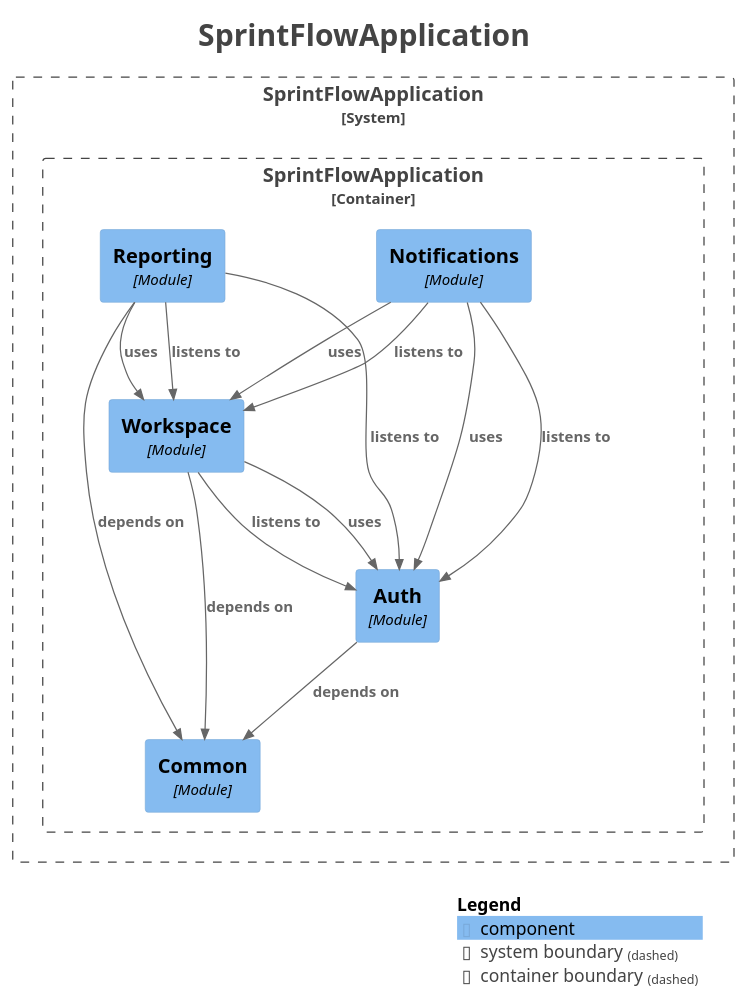
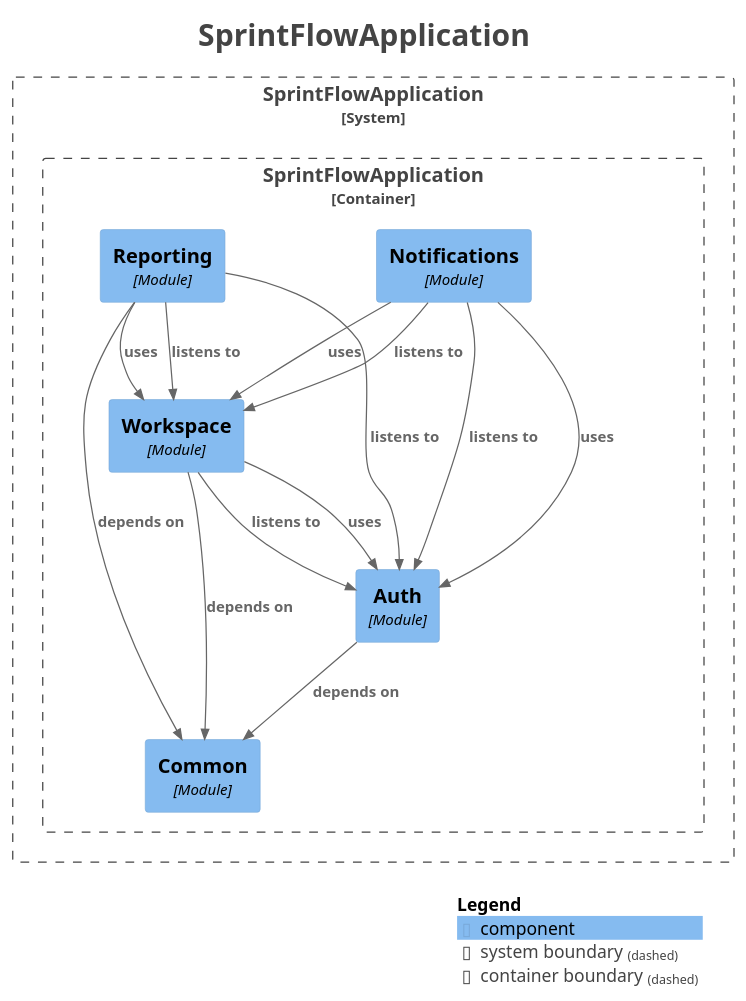
The diagram in docs/architecture/components.puml (Mouaz7/sprintflow-insight), drawn with PlantUML before and after one commit. The commit also changed other lines of this file and 81 other files, not shown here.

```diff
--- a/docs/architecture/components.puml
+++ b/docs/architecture/components.puml
@@ -1,44 +1,44 @@
 @startuml
 title <size:24>SprintFlowApplication</size>
 
 set separator none
 top to bottom direction
 
 <style>
   root {
     BackgroundColor: #ffffff
     FontColor: #444444
   }
 </style>
 
 !include <C4/C4>
 !include <C4/C4_Context>
 !include <C4/C4_Component>
 
 System_Boundary("SprintFlowApplication_boundary", "SprintFlowApplication", $tags="") {
   Container_Boundary("SprintFlowApplication.SprintFlowApplication_boundary", "SprintFlowApplication", $tags="") {
     Component(SprintFlowApplication.SprintFlowApplication.Common, "Common", $techn="Module", $descr="", $tags="", $link="")
     Component(SprintFlowApplication.SprintFlowApplication.Auth, "Auth", $techn="Module", $descr="", $tags="", $link="")
     Component(SprintFlowApplication.SprintFlowApplication.Workspace, "Workspace", $techn="Module", $descr="", $tags="", $link="")
     Component(SprintFlowApplication.SprintFlowApplication.Notifications, "Notifications", $techn="Module", $descr="", $tags="", $link="")
     Component(SprintFlowApplication.SprintFlowApplication.Reporting, "Reporting", $techn="Module", $descr="", $tags="", $link="")
   }
 
 }
 
-Rel(SprintFlowApplication.SprintFlowApplication.Notifications, SprintFlowApplication.SprintFlowApplication.Auth, "listens to", $techn="", $tags="", $link="")
 Rel(SprintFlowApplication.SprintFlowApplication.Notifications, SprintFlowApplication.SprintFlowApplication.Auth, "uses", $techn="", $tags="", $link="")
 Rel(SprintFlowApplication.SprintFlowApplication.Notifications, SprintFlowApplication.SprintFlowApplication.Workspace, "uses", $techn="", $tags="", $link="")
-Rel(SprintFlowApplication.SprintFlowApplication.Reporting, SprintFlowApplication.SprintFlowApplication.Auth, "listens to", $techn="", $tags="", $link="")
-Rel(SprintFlowApplication.SprintFlowApplication.Reporting, SprintFlowApplication.SprintFlowApplication.Workspace, "listens to", $techn="", $tags="", $link="")
-Rel(SprintFlowApplication.SprintFlowApplication.Reporting, SprintFlowApplication.SprintFlowApplication.Common, "depends on", $techn="", $tags="", $link="")
-Rel(SprintFlowApplication.SprintFlowApplication.Reporting, SprintFlowApplication.SprintFlowApplication.Workspace, "uses", $techn="", $tags="", $link="")
 Rel(SprintFlowApplication.SprintFlowApplication.Workspace, SprintFlowApplication.SprintFlowApplication.Auth, "listens to", $techn="", $tags="", $link="")
 Rel(SprintFlowApplication.SprintFlowApplication.Workspace, SprintFlowApplication.SprintFlowApplication.Common, "depends on", $techn="", $tags="", $link="")
 Rel(SprintFlowApplication.SprintFlowApplication.Workspace, SprintFlowApplication.SprintFlowApplication.Auth, "uses", $techn="", $tags="", $link="")
 Rel(SprintFlowApplication.SprintFlowApplication.Auth, SprintFlowApplication.SprintFlowApplication.Common, "depends on", $techn="", $tags="", $link="")
+Rel(SprintFlowApplication.SprintFlowApplication.Reporting, SprintFlowApplication.SprintFlowApplication.Workspace, "listens to", $techn="", $tags="", $link="")
+Rel(SprintFlowApplication.SprintFlowApplication.Reporting, SprintFlowApplication.SprintFlowApplication.Auth, "listens to", $techn="", $tags="", $link="")
+Rel(SprintFlowApplication.SprintFlowApplication.Reporting, SprintFlowApplication.SprintFlowApplication.Common, "depends on", $techn="", $tags="", $link="")
+Rel(SprintFlowApplication.SprintFlowApplication.Reporting, SprintFlowApplication.SprintFlowApplication.Workspace, "uses", $techn="", $tags="", $link="")
 Rel(SprintFlowApplication.SprintFlowApplication.Notifications, SprintFlowApplication.SprintFlowApplication.Workspace, "listens to", $techn="", $tags="", $link="")
+Rel(SprintFlowApplication.SprintFlowApplication.Notifications, SprintFlowApplication.SprintFlowApplication.Auth, "listens to", $techn="", $tags="", $link="")
 
 SHOW_LEGEND(true)
 hide stereotypes
 @enduml
```
